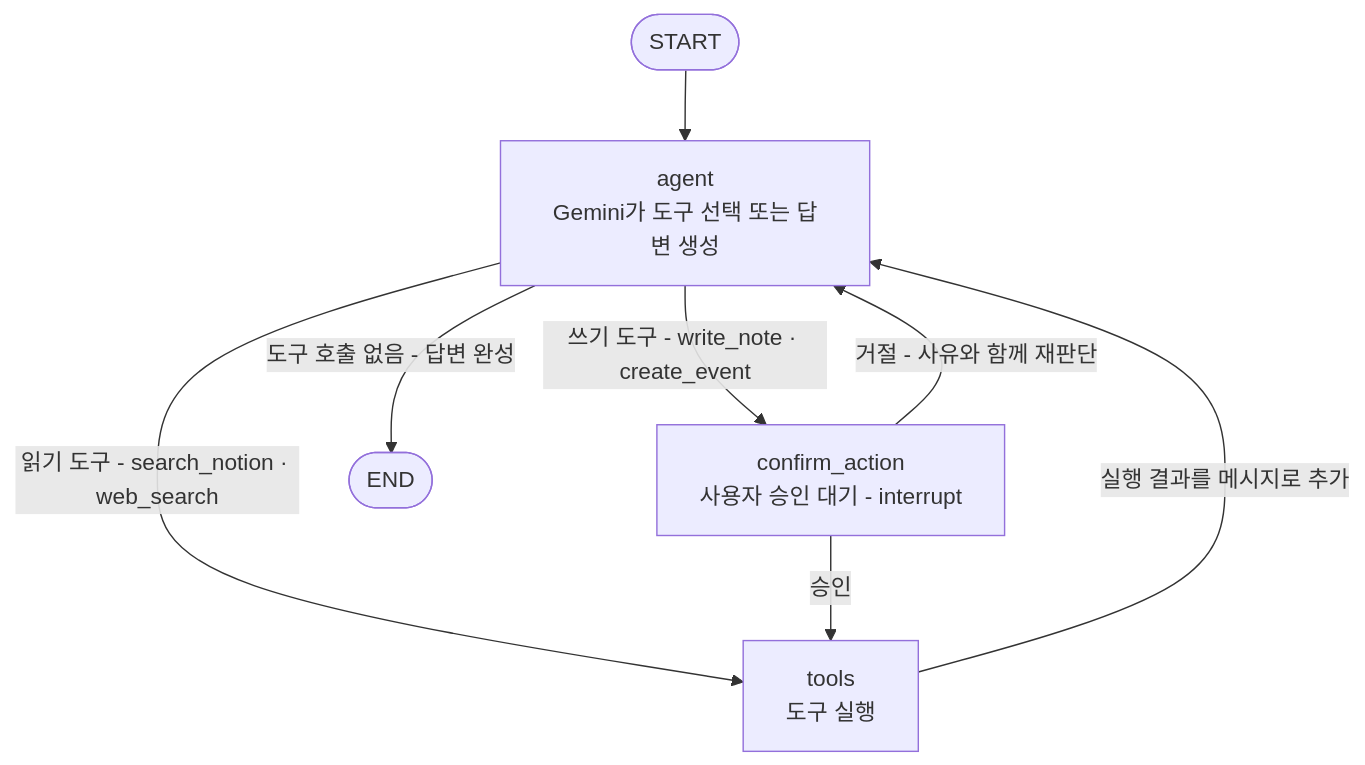
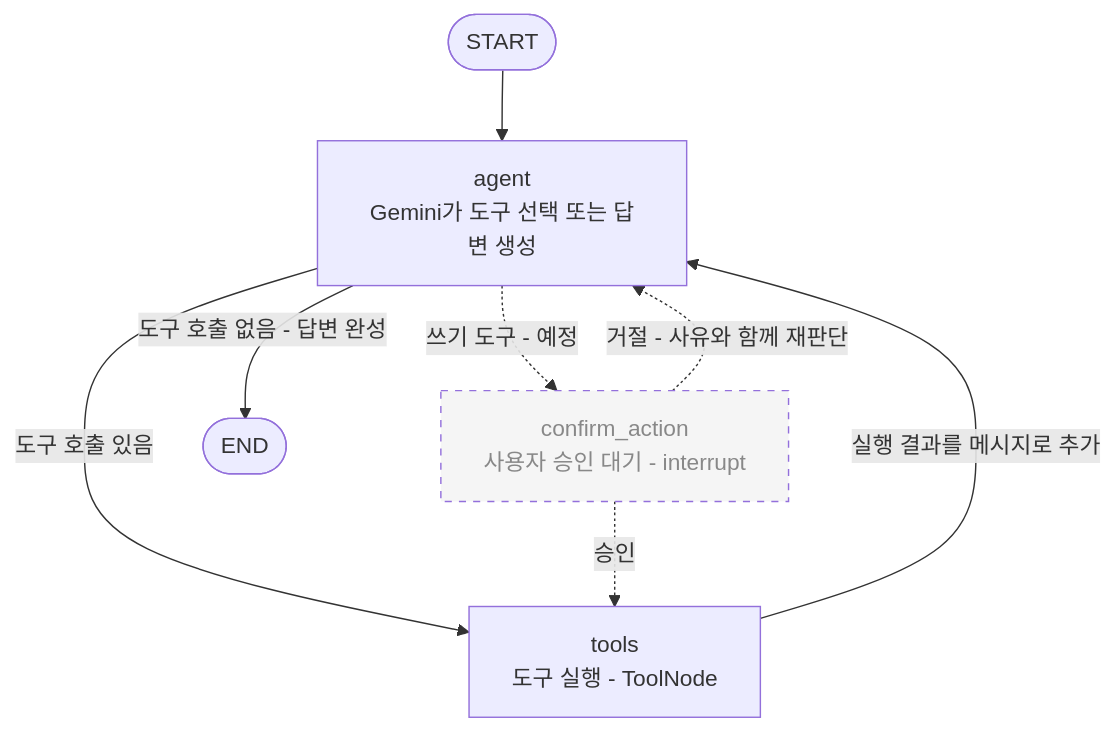
One commit to hochan00/mygpt changed the first of 2 diagrams in README.md. Above: the diagram before and after it, drawn with Mermaid. The commit also changed other lines of this file, not shown here.

````diff
--- a/README.md
+++ b/README.md
@@ -83,17 +83,19 @@
 ```mermaid
 flowchart TD
     START([START]) --> agent
 
     agent["agent<br/>Gemini가 도구 선택 또는 답변 생성"]
-    tools["tools<br/>도구 실행"]
-    confirm["confirm_action<br/>사용자 승인 대기 - interrupt"]
+    tools["tools<br/>도구 실행 - ToolNode"]
+    confirm["confirm_action<br/>사용자 승인 대기 - interrupt"]:::planned
 
     agent -->|도구 호출 없음 - 답변 완성| END([END])
-    agent -->|읽기 도구 - search_notion · web_search| tools
-    agent -->|쓰기 도구 - write_note · create_event| confirm
+    agent -->|도구 호출 있음| tools
+    agent -.->|쓰기 도구 - 예정| confirm
 
-    confirm -->|승인| tools
-    confirm -->|거절 - 사유와 함께 재판단| agent
+    confirm -.->|승인| tools
+    confirm -.->|거절 - 사유와 함께 재판단| agent
 
     tools -->|실행 결과를 메시지로 추가| agent
+
+    classDef planned stroke-dasharray: 5 5,fill:#f5f5f5,color:#888;
 ```
````
